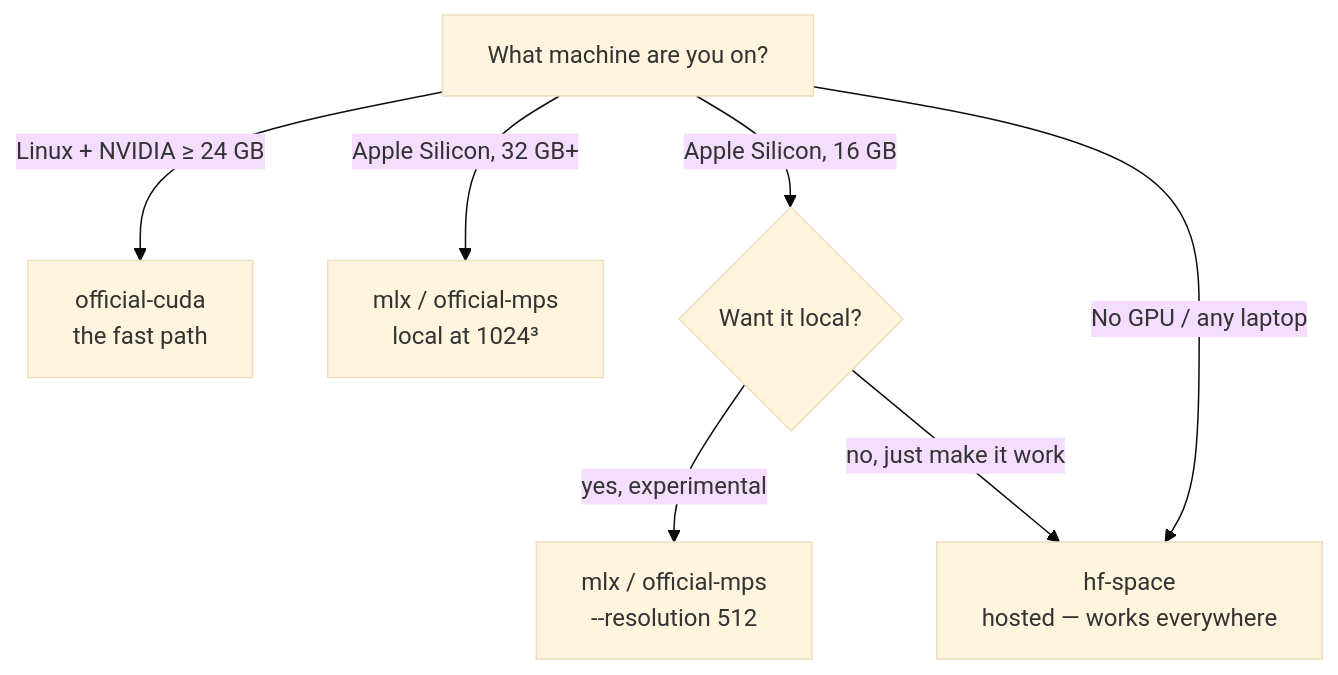
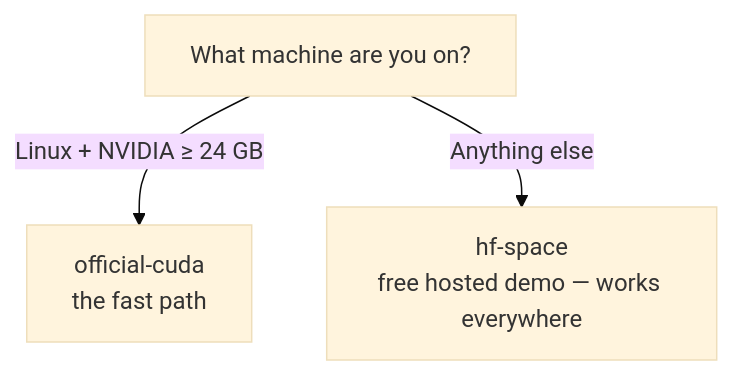
The second of 2 diagrams in README.md (rahu619/trellis-forge), drawn with Mermaid (base theme) before and after one commit. The commit also changed other lines of this file and 30 other files, not shown here.

````diff
--- a/README.md
+++ b/README.md
@@ -78,9 +74,5 @@
 ```mermaid
 flowchart TD
     A["What machine are you on?"] -->|"Linux + NVIDIA ≥ 24 GB"| B["official-cuda<br/>the fast path"]
-    A -->|"Apple Silicon, 32 GB+"| C["mlx / official-mps<br/>local at 1024³"]
-    A -->|"Apple Silicon, 16 GB"| D{"Want it local?"}
-    A -->|"No GPU / any laptop"| E["hf-space<br/>hosted — works everywhere"]
-    D -->|"yes, experimental"| F["mlx / official-mps<br/>--resolution 512"]
-    D -->|"no, just make it work"| E
+    A -->|"Anything else"| E["hf-space<br/>free hosted demo — works everywhere"]
 ```
````
